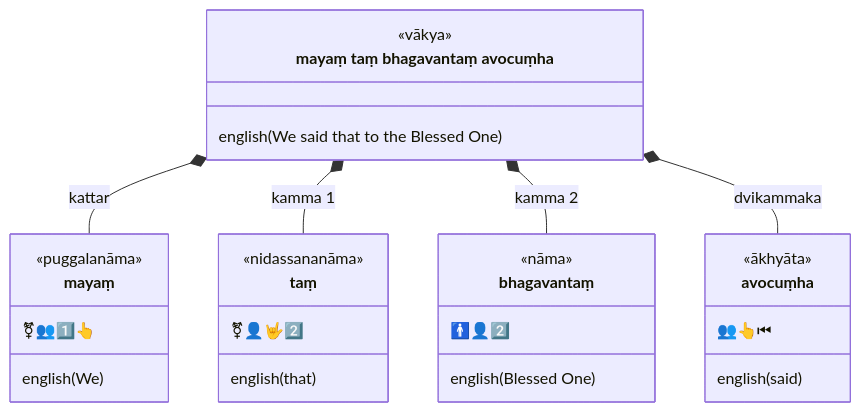
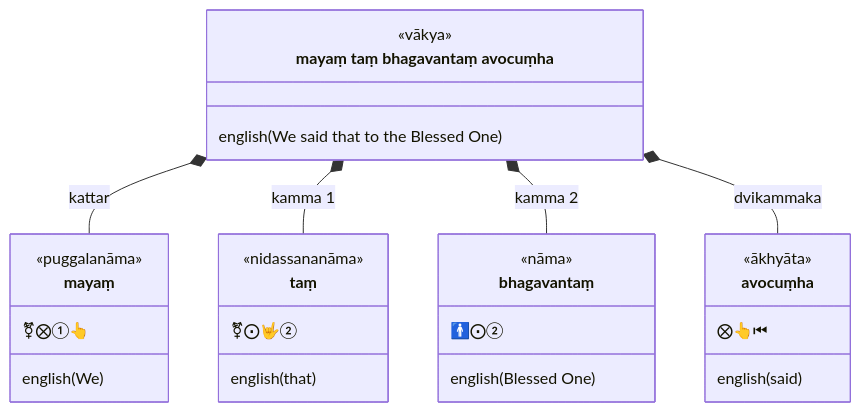
One commit to ChristineTham/buddhavacana changed diagram 11 of 60 in content/en/docs/Pali/sentences.md. Above: the diagram before and after it, drawn with Mermaid. The commit also changed other lines of this file and 71 other files, not shown here.

````diff
--- a/content/en/docs/Pali/sentences.md
+++ b/content/en/docs/Pali/sentences.md
@@ -377,31 +377,31 @@
 ```mermaid
 classDiagram
   class sentence["mayaṃ taṃ bhagavantaṃ avocuṃha"] {
     <<vākya>>
     english(We said that to the Blessed One)
   }
   class mayaṃ {
     <<puggalanāma>>
-    ⚧👥1️⃣👆
+    ⚧⨂①👆
     english(We)
   }
   class taṃ {
     <<nidassananāma>>
-    ⚧👤🤟2️⃣
+    ⚧⨀🤟②
     english(that)
   }
   class bhagavantaṃ {
     <<nāma>>
-    🚹👤2️⃣
+    🚹⨀②
     english(Blessed One)
   }
   class avocuṃha {
     <<ākhyāta>>
-     👥👆⏮
+     ⨂👆⏮
     english(said)
   }
   sentence *-- mayaṃ : kattar
   sentence *-- taṃ : kamma 1
   sentence *-- bhagavantaṃ : kamma 2
   sentence *-- avocuṃha: dvikammaka
 ```
````
